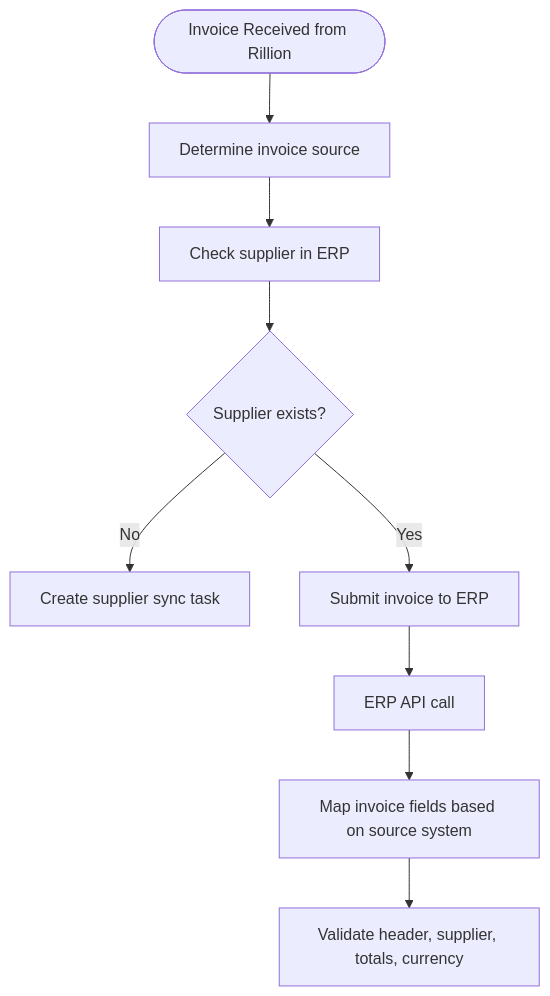
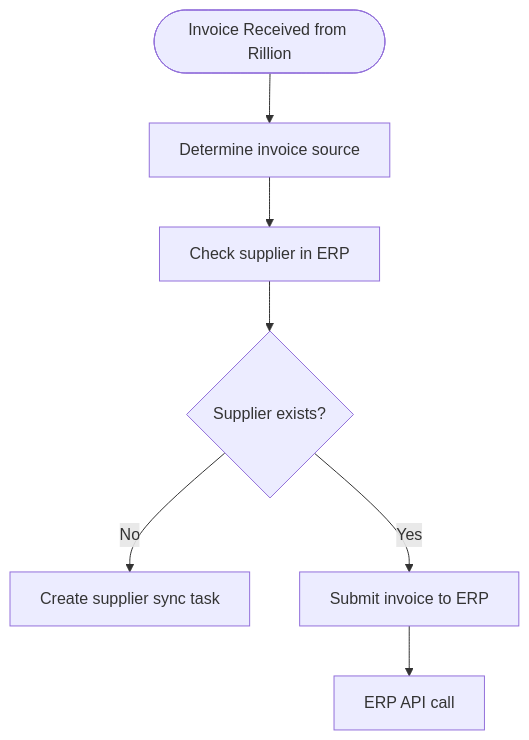
The diagram in docs/flowchart.mmd (nasiradeel183-sketch/Connect-Invoice-Flow), drawn with Mermaid before and after one commit. The commit also changed 1 other file, not shown here.

Commit message:
Auto-update flowchart

```diff
--- a/docs/flowchart.mmd
+++ b/docs/flowchart.mmd
@@ -1,18 +1,14 @@
 flowchart TD
     N0(["Invoice Received from Rillion"])
     N1["Determine invoice source"]
     N2["Check supplier in ERP"]
     N3{"Supplier exists?"}
     N4["Create supplier sync task"]
     N5["Submit invoice to ERP"]
     N6["ERP API call"]
-    N7["Map invoice fields based on source system"]
-    N8["Validate header, supplier, totals, currency"]
     N0 --> N1
     N1 --> N2
     N2 --> N3
     N3 -->|No| N4
     N3 -->|Yes| N5
     N5 --> N6
-    N6 --> N7
-    N7 --> N8
```
